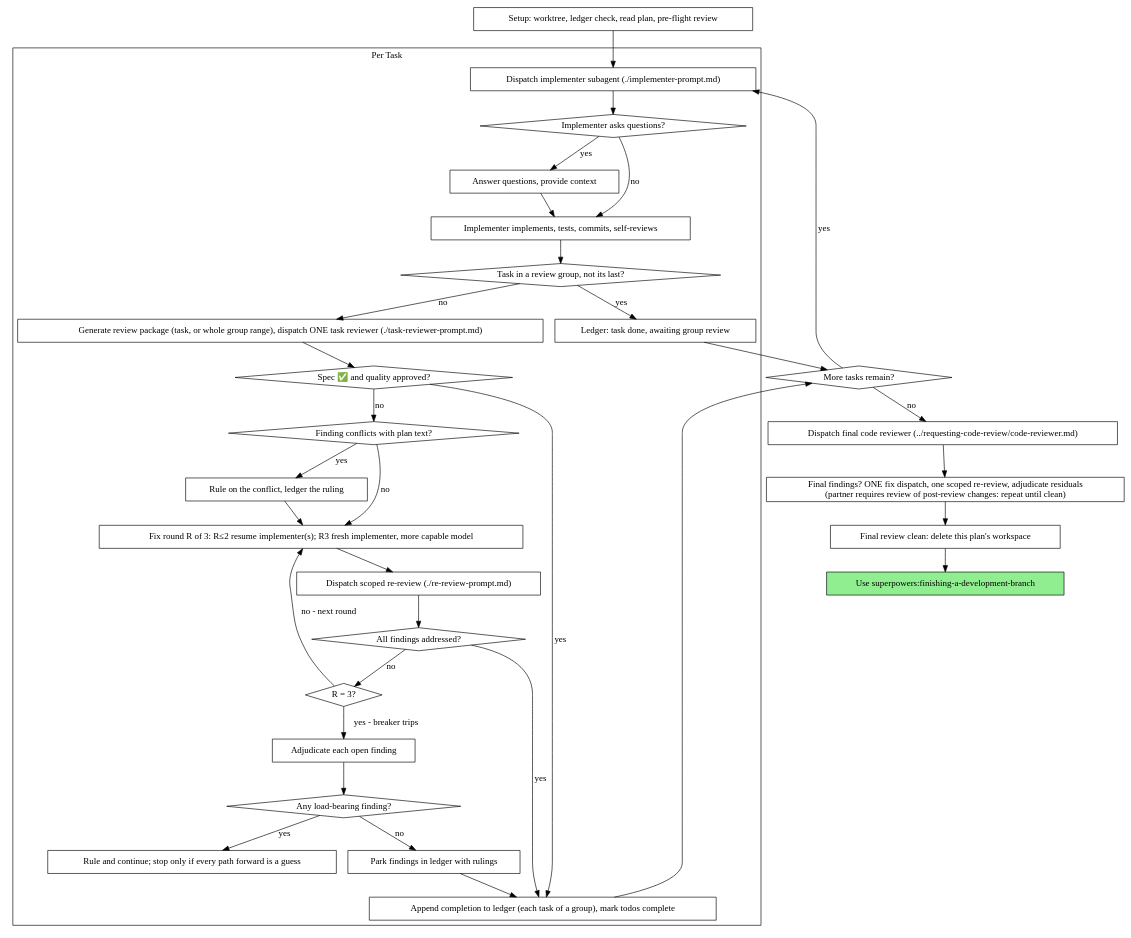
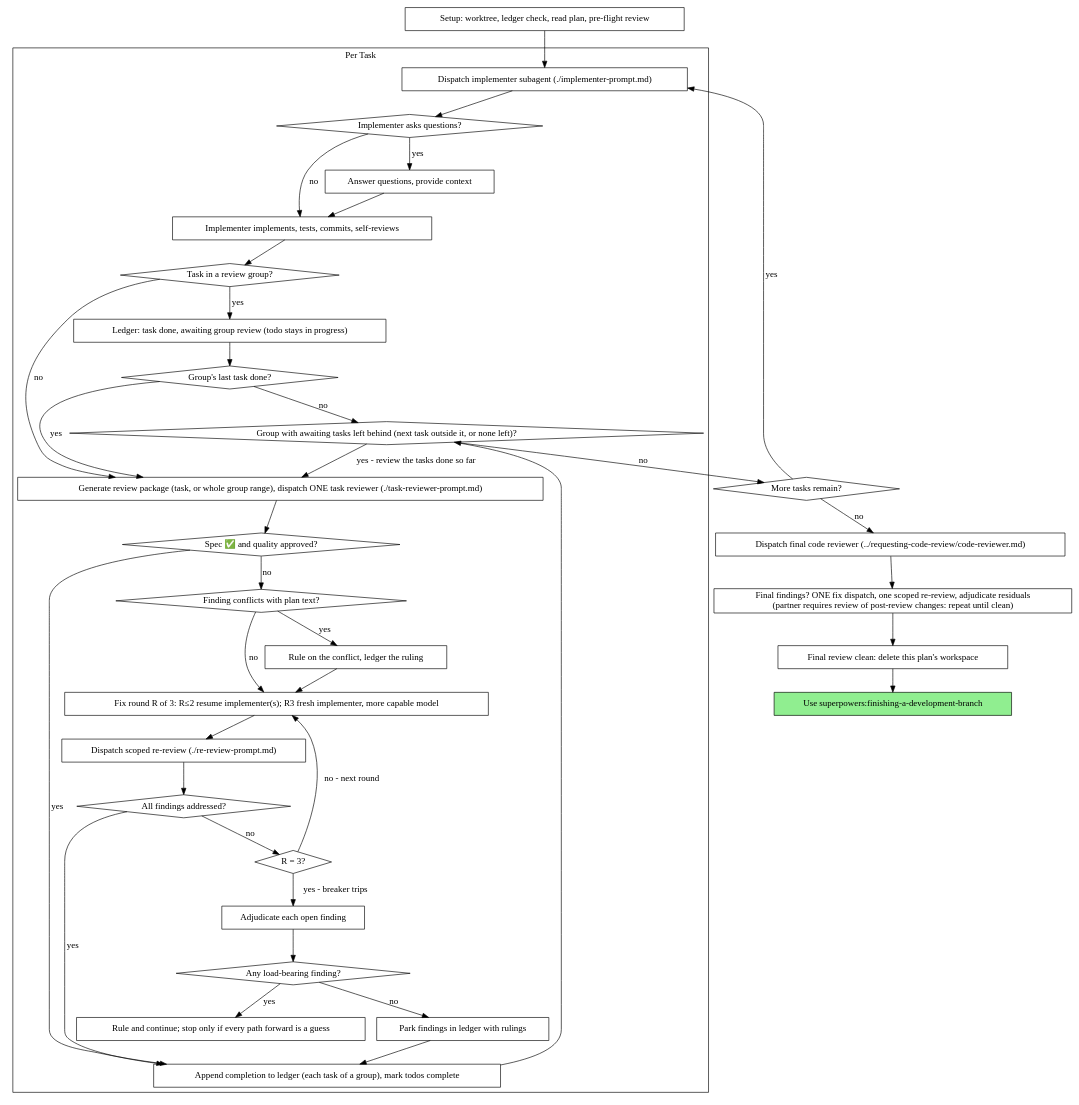
Before and after one commit to alkontv/superpowers: the second of 2 diagrams in skills/subagent-driven-development/SKILL.md, drawn with Graphviz. The commit also changed other lines of this file and 3 other files, not shown here.

````diff
--- a/skills/subagent-driven-development/SKILL.md
+++ b/skills/subagent-driven-development/SKILL.md
@@ -63,67 +63,73 @@
 ```dot
 digraph process {
     rankdir=TB;
 
     subgraph cluster_per_task {
         label="Per Task";
         "Dispatch implementer subagent (./implementer-prompt.md)" [shape=box];
         "Implementer asks questions?" [shape=diamond];
         "Answer questions, provide context" [shape=box];
         "Implementer implements, tests, commits, self-reviews" [shape=box];
-        "Task in a review group, not its last?" [shape=diamond];
-        "Ledger: task done, awaiting group review" [shape=box];
+        "Task in a review group?" [shape=diamond];
+        "Ledger: task done, awaiting group review (todo stays in progress)" [shape=box];
+        "Group's last task done?" [shape=diamond];
+        "Group with awaiting tasks left behind (next task outside it, or none left)?" [shape=diamond];
         "Generate review package (task, or whole group range), dispatch ONE task reviewer (./task-reviewer-prompt.md)" [shape=box];
         "Spec ✅ and quality approved?" [shape=diamond];
         "Finding conflicts with plan text?" [shape=diamond];
         "Rule on the conflict, ledger the ruling" [shape=box];
         "Fix round R of 3: R≤2 resume implementer(s); R3 fresh implementer, more capable model" [shape=box];
         "Dispatch scoped re-review (./re-review-prompt.md)" [shape=box];
         "All findings addressed?" [shape=diamond];
         "R = 3?" [shape=diamond];
         "Adjudicate each open finding" [shape=box];
         "Any load-bearing finding?" [shape=diamond];
         "Rule and continue; stop only if every path forward is a guess" [shape=box];
         "Park findings in ledger with rulings" [shape=box];
         "Append completion to ledger (each task of a group), mark todos complete" [shape=box];
     }
 
     "Setup: worktree, ledger check, read plan, pre-flight review" [shape=box];
     "More tasks remain?" [shape=diamond];
     "Dispatch final code reviewer (../requesting-code-review/code-reviewer.md)" [shape=box];
     "Final findings? ONE fix dispatch, one scoped re-review, adjudicate residuals\n(partner requires review of post-review changes: repeat until clean)" [shape=box];
     "Final review clean: delete this plan's workspace" [shape=box];
     "Use superpowers:finishing-a-development-branch" [shape=box style=filled fillcolor=lightgreen];
 
     "Setup: worktree, ledger check, read plan, pre-flight review" -> "Dispatch implementer subagent (./implementer-prompt.md)";
     "Dispatch implementer subagent (./implementer-prompt.md)" -> "Implementer asks questions?";
     "Implementer asks questions?" -> "Answer questions, provide context" [label="yes"];
     "Answer questions, provide context" -> "Implementer implements, tests, commits, self-reviews";
     "Implementer asks questions?" -> "Implementer implements, tests, commits, self-reviews" [label="no"];
-    "Implementer implements, tests, commits, self-reviews" -> "Task in a review group, not its last?";
-    "Task in a review group, not its last?" -> "Ledger: task done, awaiting group review" [label="yes"];
-    "Ledger: task done, awaiting group review" -> "More tasks remain?";
-    "Task in a review group, not its last?" -> "Generate review package (task, or whole group range), dispatch ONE task reviewer (./task-reviewer-prompt.md)" [label="no"];
+    "Implementer implements, tests, commits, self-reviews" -> "Task in a review group?";
+    "Task in a review group?" -> "Ledger: task done, awaiting group review (todo stays in progress)" [label="yes"];
+    "Ledger: task done, awaiting group review (todo stays in progress)" -> "Group's last task done?";
+    "Group's last task done?" -> "Generate review package (task, or whole group range), dispatch ONE task reviewer (./task-reviewer-prompt.md)" [label="yes"];
+    "Group's last task done?" -> "Group with awaiting tasks left behind (next task outside it, or none left)?" [label="no"];
+    "Task in a review group?" -> "Generate review package (task, or whole group range), dispatch ONE task reviewer (./task-reviewer-prompt.md)" [label="no"];
     "Generate review package (task, or whole group range), dispatch ONE task reviewer (./task-reviewer-prompt.md)" -> "Spec ✅ and quality approved?";
     "Spec ✅ and quality approved?" -> "Append completion to ledger (each task of a group), mark todos complete" [label="yes"];
     "Spec ✅ and quality approved?" -> "Finding conflicts with plan text?" [label="no"];
     "Finding conflicts with plan text?" -> "Rule on the conflict, ledger the ruling" [label="yes"];
     "Rule on the conflict, ledger the ruling" -> "Fix round R of 3: R≤2 resume implementer(s); R3 fresh implementer, more capable model";
     "Finding conflicts with plan text?" -> "Fix round R of 3: R≤2 resume implementer(s); R3 fresh implementer, more capable model" [label="no"];
     "Fix round R of 3: R≤2 resume implementer(s); R3 fresh implementer, more capable model" -> "Dispatch scoped re-review (./re-review-prompt.md)";
     "Dispatch scoped re-review (./re-review-prompt.md)" -> "All findings addressed?";
     "All findings addressed?" -> "Append completion to ledger (each task of a group), mark todos complete" [label="yes"];
     "All findings addressed?" -> "R = 3?" [label="no"];
     "R = 3?" -> "Fix round R of 3: R≤2 resume implementer(s); R3 fresh implementer, more capable model" [label="no - next round"];
     "R = 3?" -> "Adjudicate each open finding" [label="yes - breaker trips"];
     "Adjudicate each open finding" -> "Any load-bearing finding?";
     "Any load-bearing finding?" -> "Rule and continue; stop only if every path forward is a guess" [label="yes"];
     "Any load-bearing finding?" -> "Park findings in ledger with rulings" [label="no"];
     "Park findings in ledger with rulings" -> "Append completion to ledger (each task of a group), mark todos complete";
-    "Append completion to ledger (each task of a group), mark todos complete" -> "More tasks remain?";
+    "Append completion to ledger (each task of a group), mark todos complete" -> "Group with awaiting tasks left behind (next task outside it, or none left)?";
+    "Group with awaiting tasks left behind (next task outside it, or none left)?" -> "Generate review package (task, or whole group range), dispatch ONE task reviewer (./task-reviewer-prompt.md)" [label="yes - review the tasks done so far"];
+    "Group with awaiting tasks left behind (next task outside it, or none left)?" -> "More tasks remain?" [label="no"];
     "More tasks remain?" -> "Dispatch implementer subagent (./implementer-prompt.md)" [label="yes"];
     "More tasks remain?" -> "Dispatch final code reviewer (../requesting-code-review/code-reviewer.md)" [label="no"];
     "Dispatch final code reviewer (../requesting-code-review/code-reviewer.md)" -> "Final findings? ONE fix dispatch, one scoped re-review, adjudicate residuals\n(partner requires review of post-review changes: repeat until clean)";
     "Final findings? ONE fix dispatch, one scoped re-review, adjudicate residuals\n(partner requires review of post-review changes: repeat until clean)" -> "Final review clean: delete this plan's workspace";
     "Final review clean: delete this plan's workspace" -> "Use superpowers:finishing-a-development-branch";
 }
 ```
````
